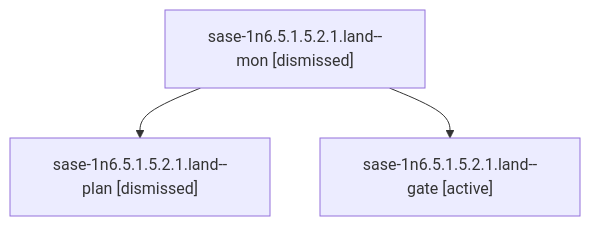
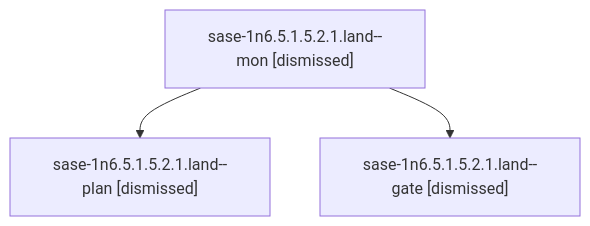
Before and after one commit to sase-org/sase--agents: the diagram in sessions/bbugyi200.athena.sase-1n6.5.1.5.2.1.land.md, drawn with Mermaid. The commit also changed other lines of this file and 347 other files, not shown here.

````diff
--- a/sessions/bbugyi200.athena.sase-1n6.5.1.5.2.1.land.md
+++ b/sessions/bbugyi200.athena.sase-1n6.5.1.5.2.1.land.md
@@ -9,8 +9,8 @@
 ```mermaid
 flowchart TD
   n0["sase-1n6.5.1.5.2.1.land--mon [dismissed]"]
   n1["sase-1n6.5.1.5.2.1.land--plan [dismissed]"]
   n0 --> n1
-  n2["sase-1n6.5.1.5.2.1.land--gate [active]"]
+  n2["sase-1n6.5.1.5.2.1.land--gate [dismissed]"]
   n0 --> n2
 ```
````
